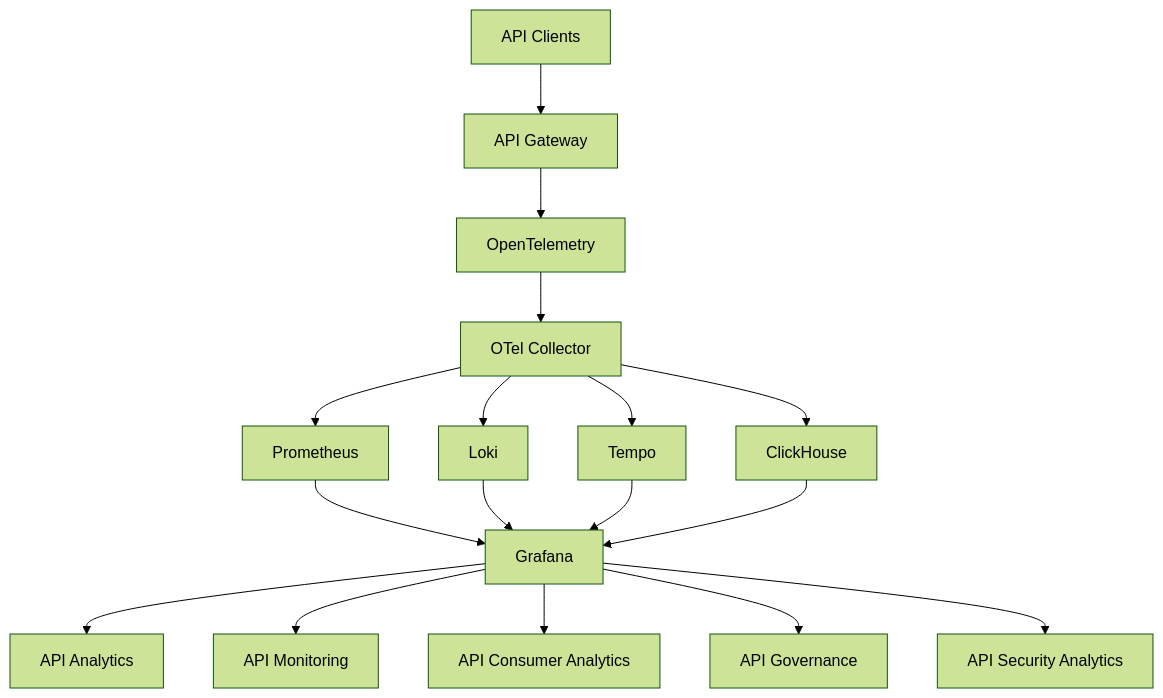
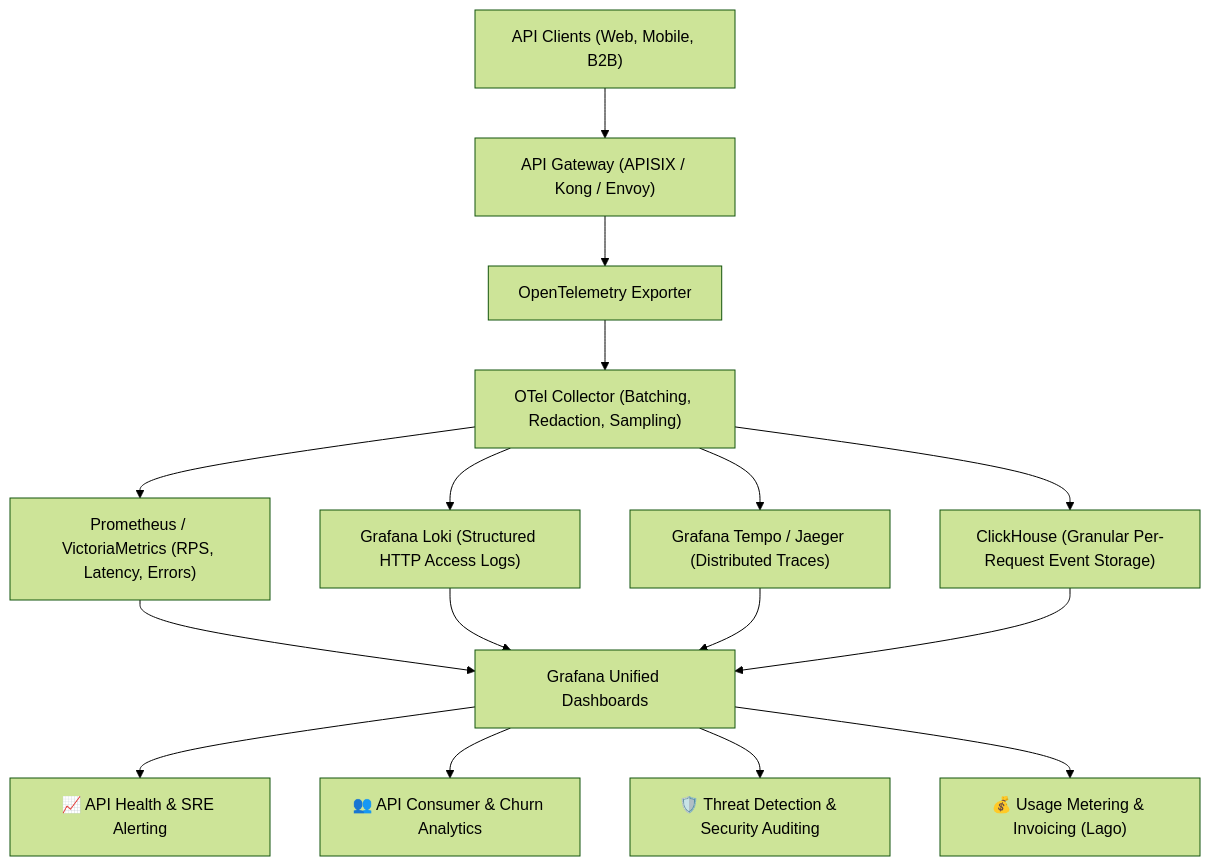
Before and after one commit to ishandutta2007/Awesome-API-Analytics: the diagram in README.md, drawn with Mermaid (forest theme). The commit also changed other lines of this file and 2 other files, not shown here.

````diff
--- a/README.md
+++ b/README.md
@@ -1169,49 +435,21 @@
-```mermaid id="r7h0mp"
+```mermaid
+flowchart TD
+    A["API Clients (Web, Mobile, B2B)"] --> B["API Gateway (APISIX / Kong / Envoy)"]
+    B --> C["OpenTelemetry Exporter"]
+    C --> D["OTel Collector (Batching, Redaction, Sampling)"]
 
-flowchart TD
+    D --> E["Prometheus / VictoriaMetrics (RPS, Latency, Errors)"]
+    D --> F["Grafana Loki (Structured HTTP Access Logs)"]
+    D --> G["Grafana Tempo / Jaeger (Distributed Traces)"]
+    D --> H["ClickHouse (Granular Per-Request Event Storage)"]
 
-
-
-    A[API Clients] --> B[API Gateway]
-
-
-
-    B --> C[OpenTelemetry]
-
-
-
-    C --> D[OTel Collector]
-
-
-
-    D --> E[Prometheus]
-
-    D --> F[Loki]
-
-    D --> G[Tempo]
-
-    D --> H[ClickHouse]
-
-
-
-    E --> I[Grafana]
-
+    E --> I["Grafana Unified Dashboards"]
     F --> I
-
     G --> I
-
     H --> I
 
-
-
-    I --> J[API Analytics]
-
-    I --> K[API Monitoring]
-
-    I --> L[API Consumer Analytics]
-
-    I --> M[API Governance]
-
-    I --> N[API Security Analytics]
-
+    I --> J["📈 API Health & SRE Alerting"]
+    I --> K["👥 API Consumer & Churn Analytics"]
+    I --> L["🛡️ Threat Detection & Security Auditing"]
+    I --> M["💰 Usage Metering & Invoicing (Lago)"]
 ```
````
